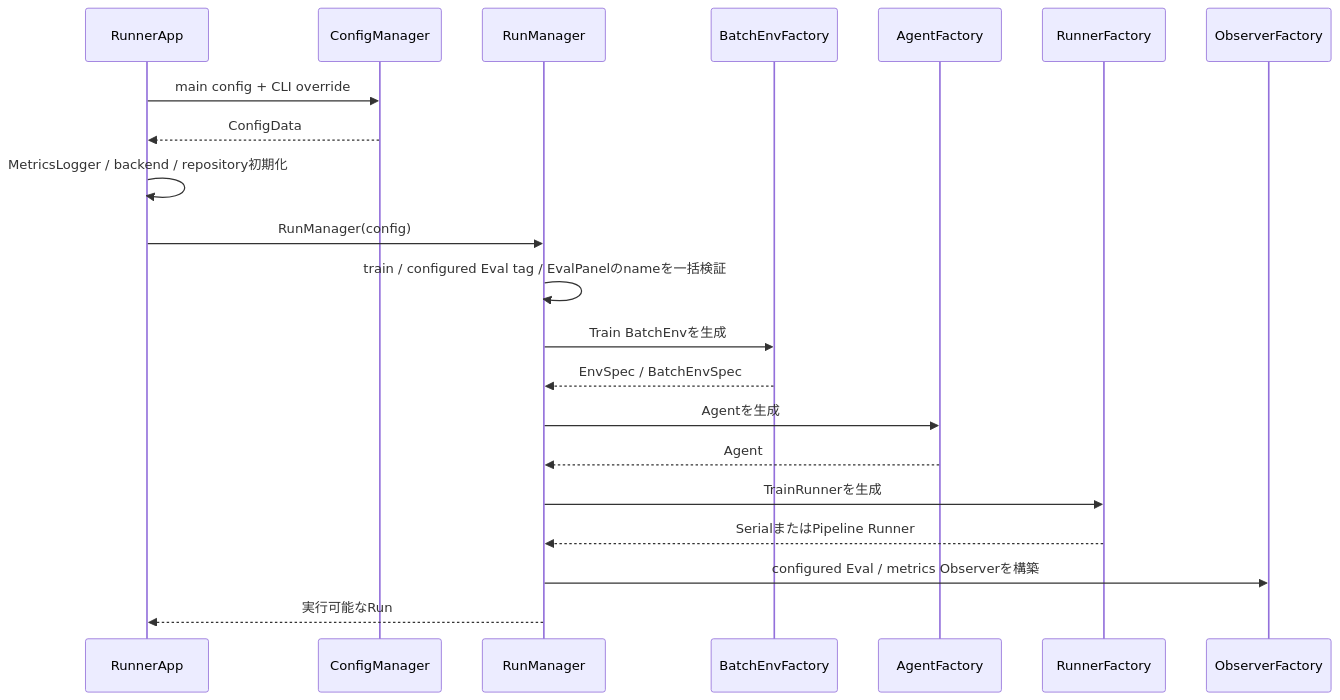
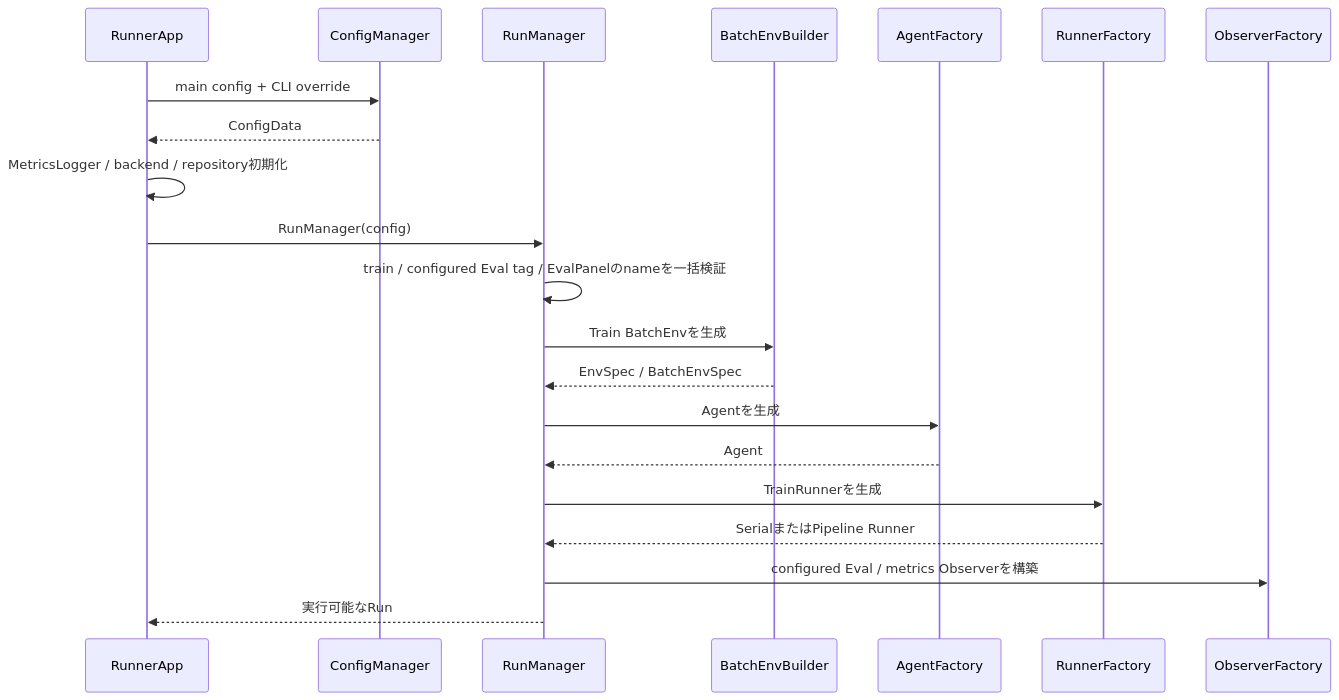
One commit to kazukin123/anet-lab changed the second of 4 diagrams in docs/design/100_runtime_and_configuration.jp.md. Above: the diagram before and after it, drawn with Mermaid. The commit also changed other lines of this file and 60 other files, not shown here.

````diff
--- a/docs/design/100_runtime_and_configuration.jp.md
+++ b/docs/design/100_runtime_and_configuration.jp.md
@@ -123,24 +123,24 @@
 ```mermaid
 sequenceDiagram
     participant App as RunnerApp
     participant CM as ConfigManager
     participant RM as RunManager
-    participant EF as BatchEnvFactory
+    participant EB as BatchEnvBuilder
     participant AF as AgentFactory
     participant RF as RunnerFactory
     participant OF as ObserverFactory
 
     App->>CM: main config + CLI override
     CM-->>App: ConfigData
     App->>App: MetricsLogger / backend / repository初期化
     App->>RM: RunManager(config)
     RM->>RM: train / configured Eval tag / EvalPanelのnameを一括検証
-    RM->>EF: Train BatchEnvを生成
-    EF-->>RM: EnvSpec / BatchEnvSpec
+    RM->>EB: Train BatchEnvを生成
+    EB-->>RM: EnvSpec / BatchEnvSpec
     RM->>AF: Agentを生成
     AF-->>RM: Agent
     RM->>RF: TrainRunnerを生成
     RF-->>RM: SerialまたはPipeline Runner
     RM->>OF: configured Eval / metrics Observerを構築
     RM-->>App: 実行可能なRun
 ```
````
